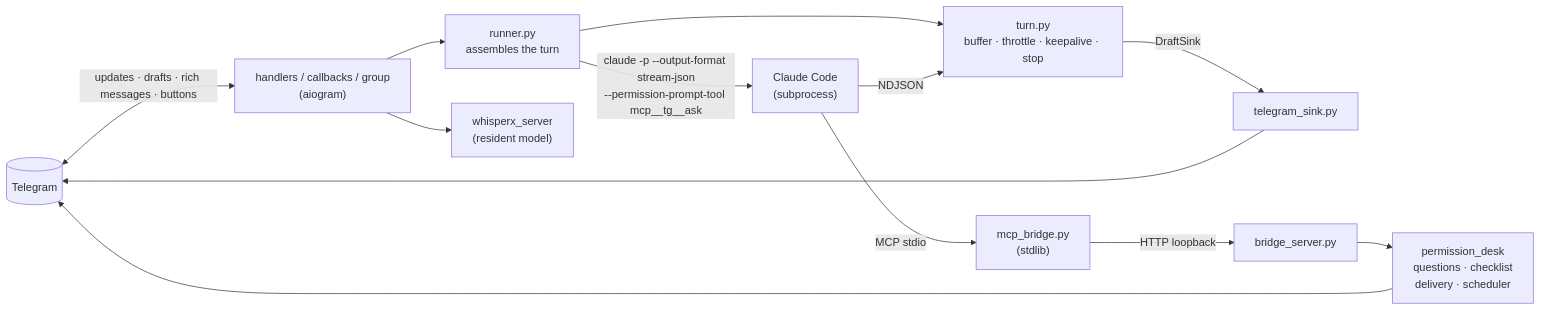
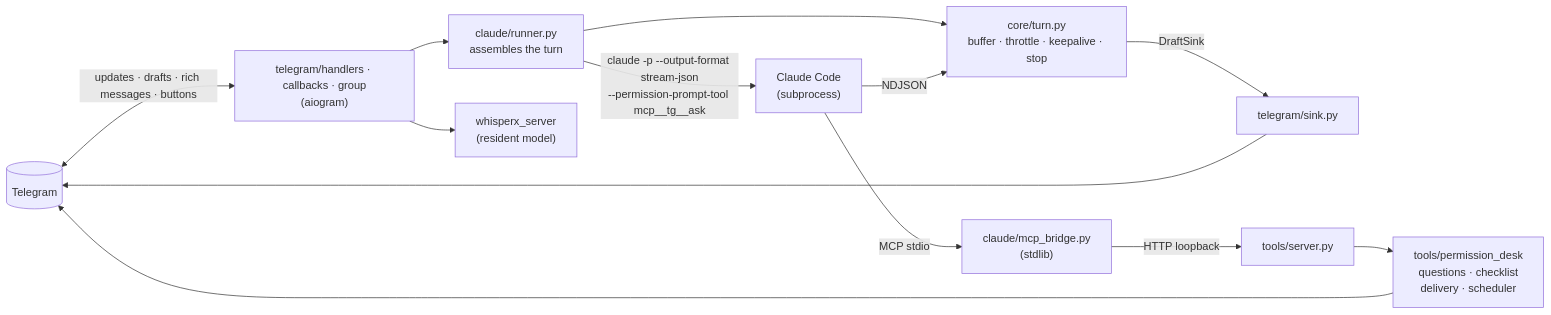
The diagram in README.en.md (correaschneider/claude-telegram-bot-v2), drawn with Mermaid before and after one commit. The commit also changed other lines of this file and 47 other files, not shown here.

First line of the commit message:
refactor: src layout — pacote tgclaude com subpacotes core/claude/tools/telegram

````diff
--- a/README.en.md
+++ b/README.en.md
@@ -107,15 +107,15 @@
 ```mermaid
 flowchart LR
-    TG[("Telegram")] <-- "updates · drafts · rich messages · buttons" --> H["handlers / callbacks / group<br/>(aiogram)"]
-    H --> R["runner.py<br/>assembles the turn"]
-    R --> T["turn.py<br/>buffer · throttle · keepalive · stop"]
-    T -- "DraftSink" --> S["telegram_sink.py"]
+    TG[("Telegram")] <-- "updates · drafts · rich messages · buttons" --> H["telegram/handlers · callbacks · group<br/>(aiogram)"]
+    H --> R["claude/runner.py<br/>assembles the turn"]
+    R --> T["core/turn.py<br/>buffer · throttle · keepalive · stop"]
+    T -- "DraftSink" --> S["telegram/sink.py"]
     S --> TG
     R -- "claude -p --output-format stream-json<br/>--permission-prompt-tool mcp__tg__ask" --> C["Claude Code<br/>(subprocess)"]
     C -- "NDJSON" --> T
-    C -- "MCP stdio" --> B["mcp_bridge.py<br/>(stdlib)"]
-    B -- "HTTP loopback" --> BS["bridge_server.py"]
-    BS --> PD["permission_desk<br/>questions · checklist<br/>delivery · scheduler"]
+    C -- "MCP stdio" --> B["claude/mcp_bridge.py<br/>(stdlib)"]
+    B -- "HTTP loopback" --> BS["tools/server.py"]
+    BS --> PD["tools/permission_desk<br/>questions · checklist<br/>delivery · scheduler"]
     PD --> TG
     H --> W["whisperx_server<br/>(resident model)"]
 ```
````
